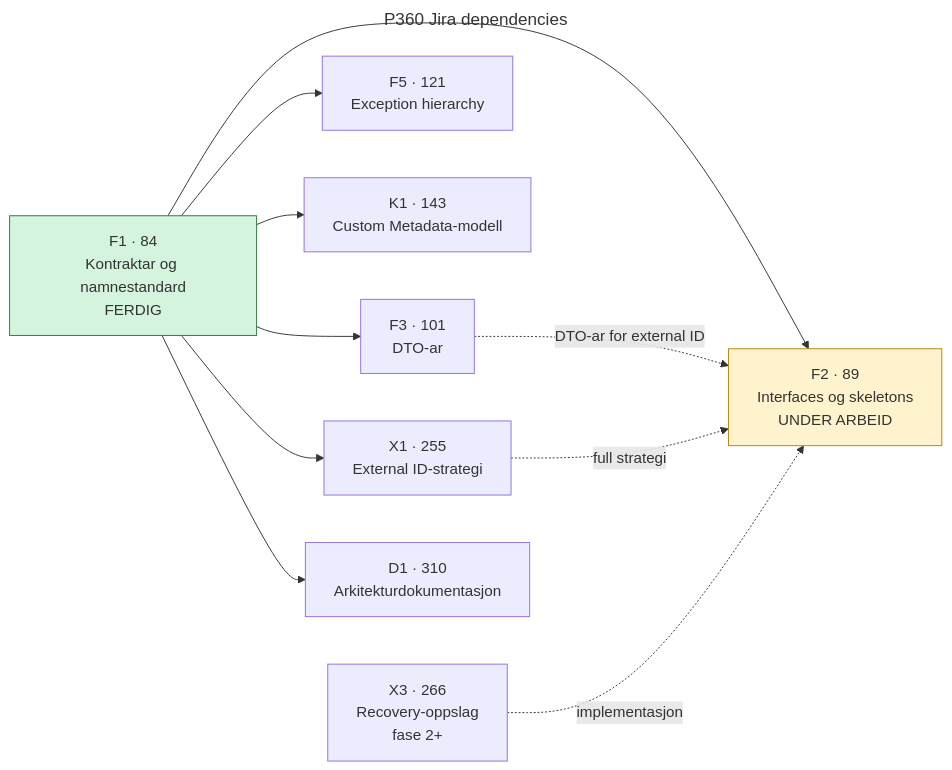
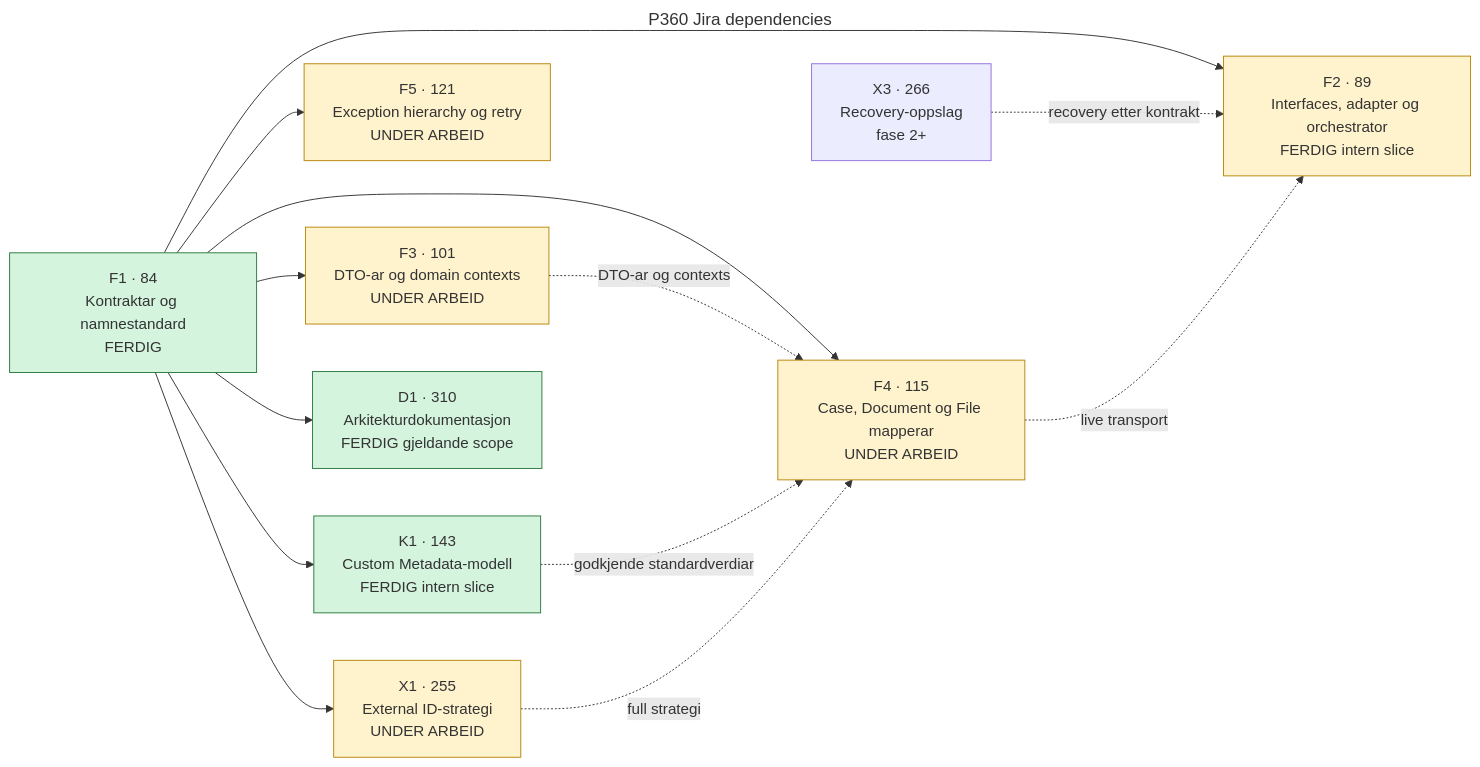
One commit to navikt/crm-arbeidsforhold changed the diagram in docs/context/p360/diagrams/p360-jira-dependencies.mmd. Above: the diagram before and after it, drawn with Mermaid. The commit also changed 12 other files, not shown here.

Commit message:
docs(p360): update architecture diagrams and add class diagram

```diff
--- a/docs/context/p360/diagrams/p360-jira-dependencies.mmd
+++ b/docs/context/p360/diagrams/p360-jira-dependencies.mmd
@@ -1,28 +1,32 @@
 ---
 title: P360 Jira dependencies
 ---
 graph LR
     F1["F1 · 84<br/>Kontraktar og namnestandard<br/>FERDIG"]
-    F2["F2 · 89<br/>Interfaces og skeletons<br/>UNDER ARBEID"]
-    F3["F3 · 101<br/>DTO-ar"]
-    F5["F5 · 121<br/>Exception hierarchy"]
-    K1["K1 · 143<br/>Custom Metadata-modell"]
-    X1["X1 · 255<br/>External ID-strategi"]
+    F2["F2 · 89<br/>Interfaces, adapter og orchestrator<br/>FERDIG intern slice"]
+    F3["F3 · 101<br/>DTO-ar og domain contexts<br/>UNDER ARBEID"]
+    F4["F4 · 115<br/>Case, Document og File mapperar<br/>UNDER ARBEID"]
+    F5["F5 · 121<br/>Exception hierarchy og retry<br/>UNDER ARBEID"]
+    K1["K1 · 143<br/>Custom Metadata-modell<br/>FERDIG intern slice"]
+    X1["X1 · 255<br/>External ID-strategi<br/>UNDER ARBEID"]
     X3["X3 · 266<br/>Recovery-oppslag<br/>fase 2+"]
-    D1["D1 · 310<br/>Arkitekturdokumentasjon"]
+    D1["D1 · 310<br/>Arkitekturdokumentasjon<br/>FERDIG gjeldande scope"]
 
     F1 --> F2
     F1 --> F3
+    F1 --> F4
     F1 --> F5
     F1 --> K1
     F1 --> X1
     F1 --> D1
 
-    F3 -.->|DTO-ar for external ID| F2
-    X1 -.->|full strategi| F2
-    X3 -.->|implementasjon| F2
+    F3 -.->|DTO-ar og contexts| F4
+    K1 -.->|godkjende standardverdiar| F4
+    X1 -.->|full strategi| F4
+    X3 -.->|recovery etter kontrakt| F2
+    F4 -.->|live transport| F2
 
     classDef done fill:#d4f4dd,stroke:#2d7a3e
     classDef wip fill:#fff3cd,stroke:#b8860b
-    class F1 done
-    class F2 wip
+    class F1,K1,D1 done
+    class F2,F3,F4,F5,X1 wip
```
